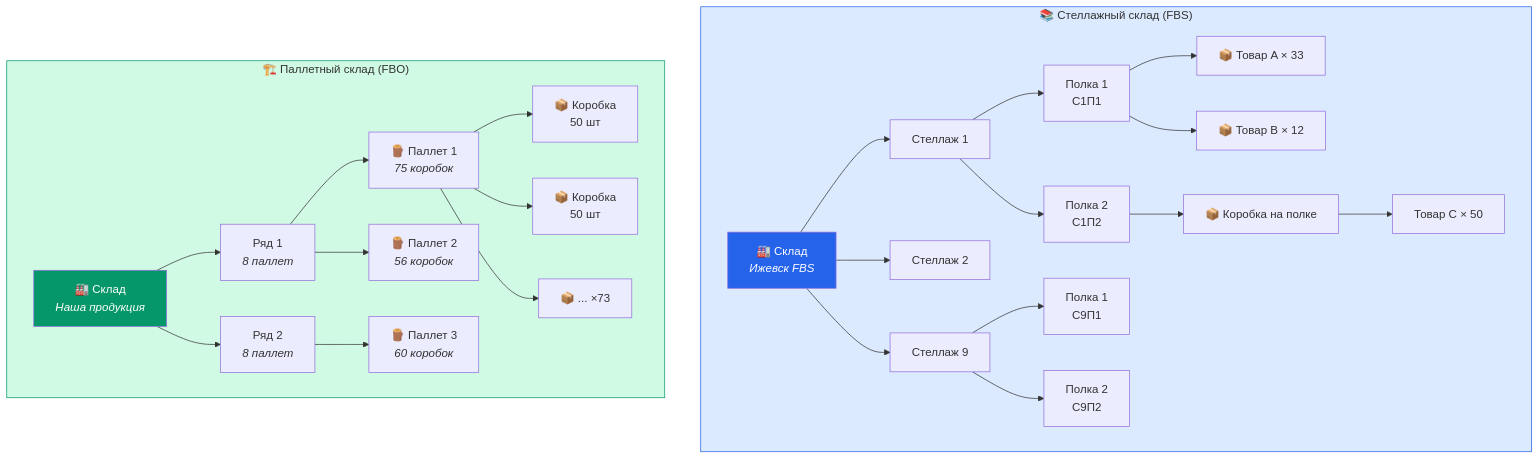
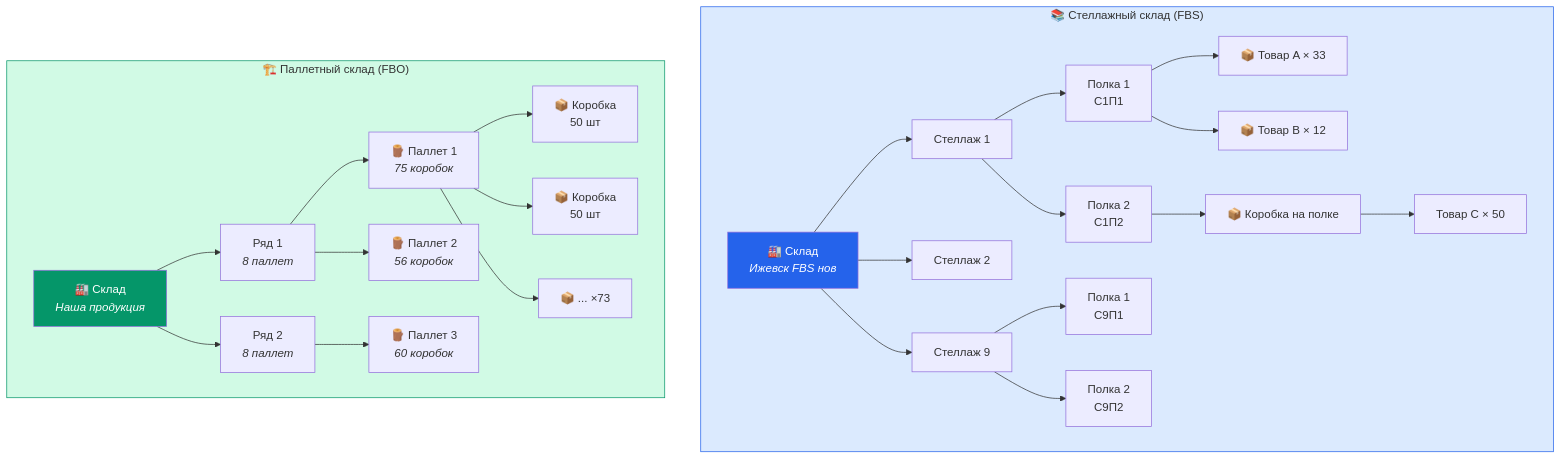
Before and after one commit to arra123/Sklad_control: the first of 3 diagrams in docs/Архитектура/Структура склада.md, drawn with Mermaid. The commit also changed 4 other files, not shown here.

First line of the commit message:
v2.50.0: удаление склада «Ижевск FBS» + fix кнопки удаления складов

````diff
--- a/docs/Архитектура/Структура склада.md
+++ b/docs/Архитектура/Структура склада.md
@@ -5,34 +5,34 @@
 ```mermaid
 graph TD
     subgraph FBS["📚 Стеллажный склад (FBS)"]
-        W1["🏭 Склад<br/><i>Ижевск FBS</i>"]
+        W1["🏭 Склад<br/><i>Ижевск FBS нов</i>"]
         W1 --> R1["Стеллаж 1"]
         W1 --> R2["Стеллаж 2"]
         W1 --> R9["Стеллаж 9"]
         R1 --> S1["Полка 1<br/>С1П1"]
         R1 --> S2["Полка 2<br/>С1П2"]
         R9 --> S3["Полка 1<br/>С9П1"]
         R9 --> S4["Полка 2<br/>С9П2"]
         S1 --> SI1["📦 Товар A × 33"]
         S1 --> SI2["📦 Товар B × 12"]
         S2 --> SB1["📦 Коробка на полке"]
         SB1 --> SBI1["Товар C × 50"]
     end
 
     subgraph FBO["🏗️ Паллетный склад (FBO)"]
         W2["🏭 Склад<br/><i>Наша продукция</i>"]
         W2 --> ROW1["Ряд 1<br/><i>8 паллет</i>"]
         W2 --> ROW2["Ряд 2<br/><i>8 паллет</i>"]
         ROW1 --> P1["🪵 Паллет 1<br/><i>75 коробок</i>"]
         ROW1 --> P2["🪵 Паллет 2<br/><i>56 коробок</i>"]
         ROW2 --> P3["🪵 Паллет 3<br/><i>60 коробок</i>"]
         P1 --> B1["📦 Коробка<br/>50 шт"]
         P1 --> B2["📦 Коробка<br/>50 шт"]
         P1 --> B3["📦 ... ×73"]
     end
 
     style FBS fill:#dbeafe,stroke:#2563eb
     style FBO fill:#d1fae5,stroke:#059669
     style W1 fill:#2563eb,color:#fff
     style W2 fill:#059669,color:#fff
 ```
````
